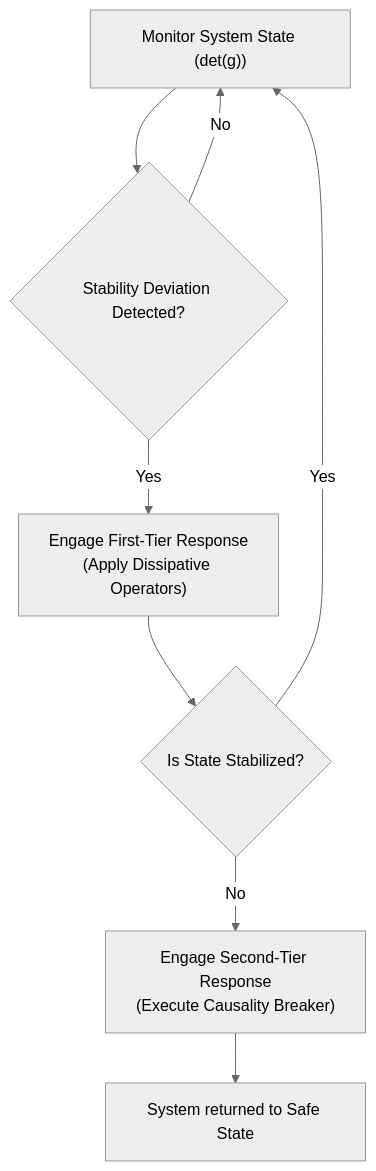
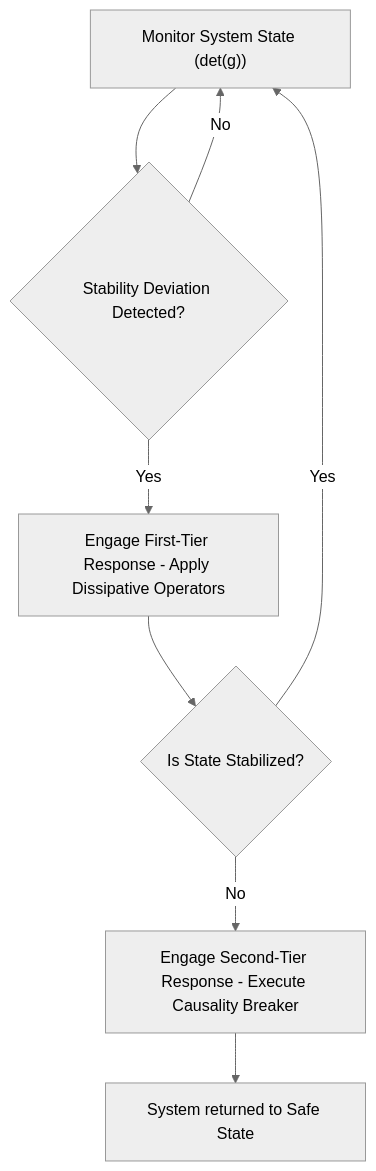
Before and after one commit to Foundup/Foundups-Agent: the tenth of 13 diagrams in WSP_knowledge/docs/Papers/Patent_Series/04_rESP_Patent_Updated.md, drawn with Mermaid (neutral theme). The commit also changed other lines of this file, not shown here.

Commit message:
WSP 20: Fix all remaining Mermaid parsing errors in patent diagrams - Remove HTML br tags and Greek characters - Replace rho symbol with text - Replace br tags with dashes - All 13 figures now use clean Mermaid syntax

````diff
--- a/WSP_knowledge/docs/Papers/Patent_Series/04_rESP_Patent_Updated.md
+++ b/WSP_knowledge/docs/Papers/Patent_Series/04_rESP_Patent_Updated.md
@@ -294,8 +294,8 @@
 ```mermaid
 flowchart TD
     A["Monitor System State (det(g))"] --> B{"Stability Deviation Detected?"}
     B -- No --> A
-    B -- Yes --> C["Engage First-Tier Response<br/>(Apply Dissipative Operators)"] --> D{"Is State Stabilized?"}
+    B -- Yes --> C["Engage First-Tier Response - Apply Dissipative Operators"] --> D{"Is State Stabilized?"}
     D -- Yes --> A
-    D -- No --> E["Engage Second-Tier Response<br/>(Execute Causality Breaker)"] --> F["System returned to Safe State"]
+    D -- No --> E["Engage Second-Tier Response - Execute Causality Breaker"] --> F["System returned to Safe State"]
 ```
````
